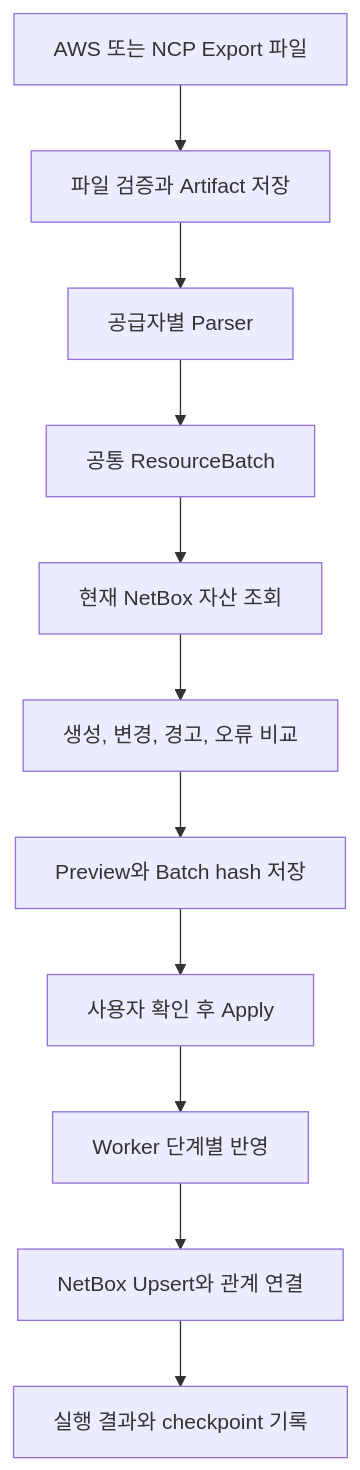
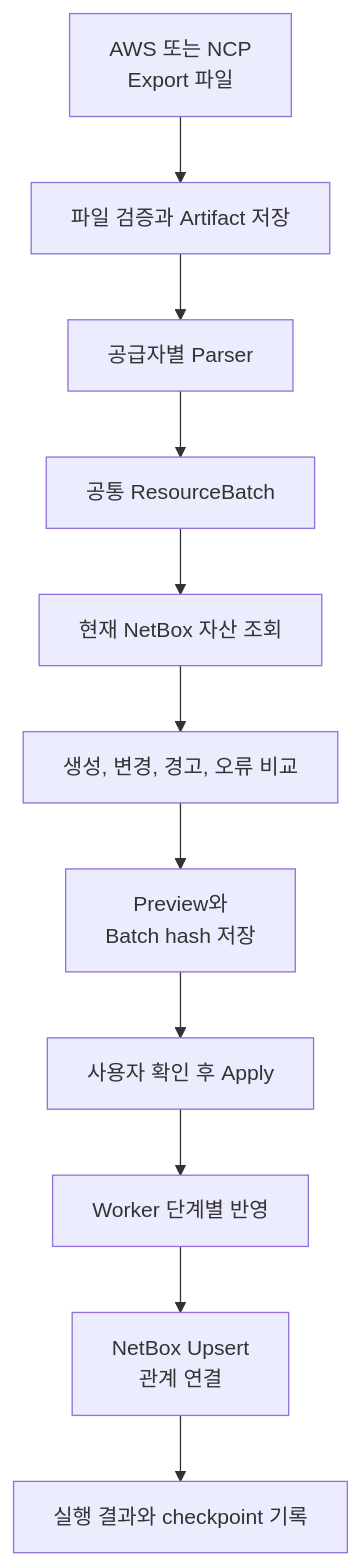
Before and after one commit to KimHG1995/work-history: the diagram in projects/netbox-cloud-inventory/inventory.md, drawn with Mermaid. The commit also changed 18 other files, not shown here.

Commit message:
docs: 공개 Mermaid 다이어그램 가독성 전수 개선

````diff
--- a/projects/netbox-cloud-inventory/inventory.md
+++ b/projects/netbox-cloud-inventory/inventory.md
@@ -113,13 +113,13 @@
 ```mermaid
 flowchart TD
-    export["AWS 또는 NCP Export 파일"] --> validate["파일 검증과 Artifact 저장"]
+    export["AWS 또는 NCP<br/>Export 파일"] --> validate["파일 검증과 Artifact 저장"]
     validate --> parser["공급자별 Parser"]
     parser --> batch["공통 ResourceBatch"]
     batch --> current["현재 NetBox 자산 조회"]
     current --> diff["생성, 변경, 경고, 오류 비교"]
-    diff --> preview["Preview와 Batch hash 저장"]
+    diff --> preview["Preview와<br/>Batch hash 저장"]
     preview --> approve["사용자 확인 후 Apply"]
     approve --> worker["Worker 단계별 반영"]
-    worker --> netbox["NetBox Upsert와 관계 연결"]
+    worker --> netbox["NetBox Upsert<br/>관계 연결"]
     netbox --> history["실행 결과와 checkpoint 기록"]
 ```
````
